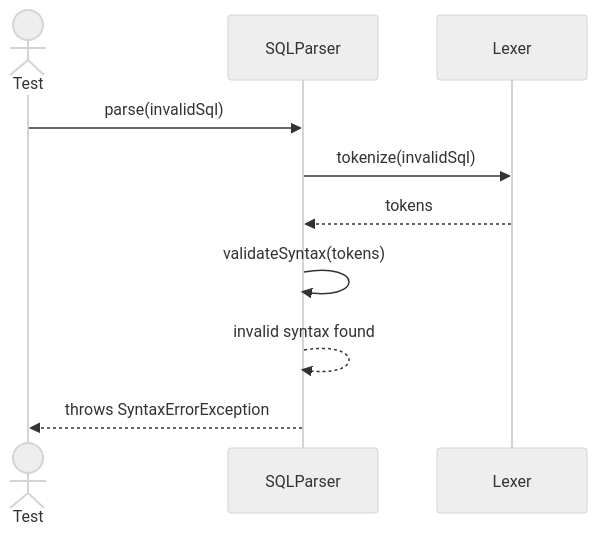
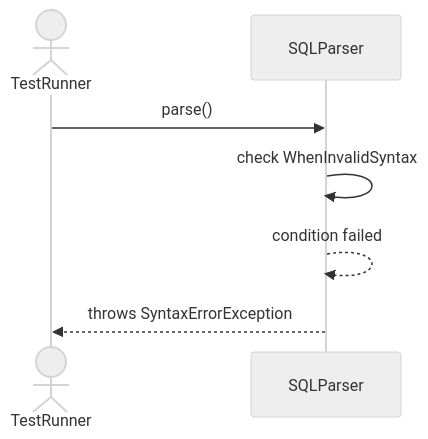
The second of 7 diagrams in Sequences/QueryProcessor/SQLParser.md (TamBui1706/DBMS), drawn with Mermaid (neutral theme) before and after one commit. The commit also changed other lines of this file and 63 other files, not shown here.

Commit message:
Draw sequence diagram for unit tests

````diff
--- a/Sequences/QueryProcessor/SQLParser.md
+++ b/Sequences/QueryProcessor/SQLParser.md
@@ -33,13 +27,9 @@
 ```mermaid
 sequenceDiagram
-    actor Test
+    actor TestRunner
     participant SQLParser
-    participant Lexer
-
-    Test->>SQLParser: parse(invalidSql)
-    SQLParser->>Lexer: tokenize(invalidSql)
-    Lexer-->>SQLParser: tokens
-    SQLParser->>SQLParser: validateSyntax(tokens)
-    SQLParser-->>SQLParser: invalid syntax found
-    SQLParser-->>Test: throws SyntaxErrorException
+    TestRunner->>SQLParser: parse()
+    SQLParser->>SQLParser: check WhenInvalidSyntax
+    SQLParser-->>SQLParser: condition failed
+    SQLParser-->>TestRunner: throws SyntaxErrorException
 ```
````
